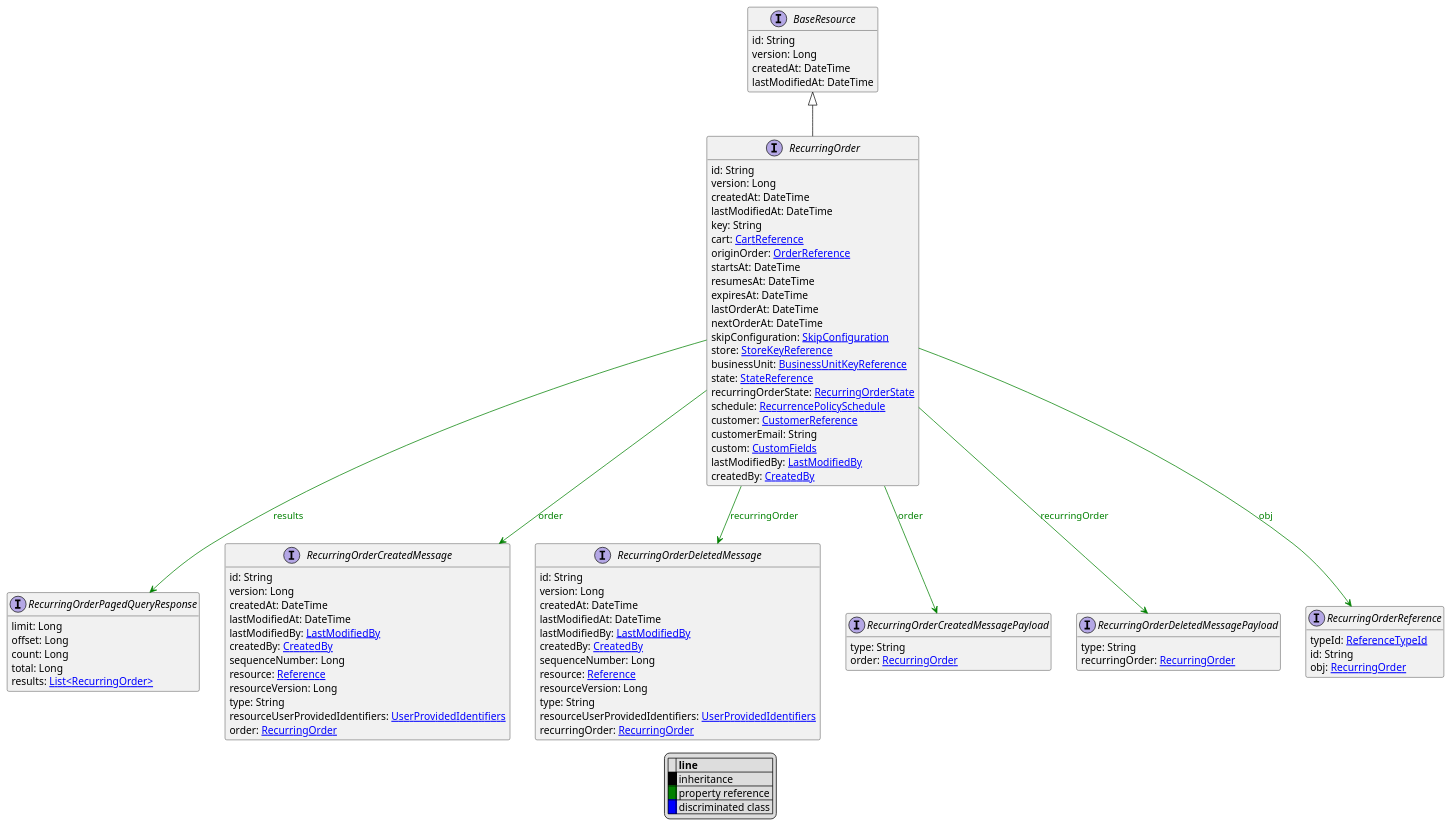
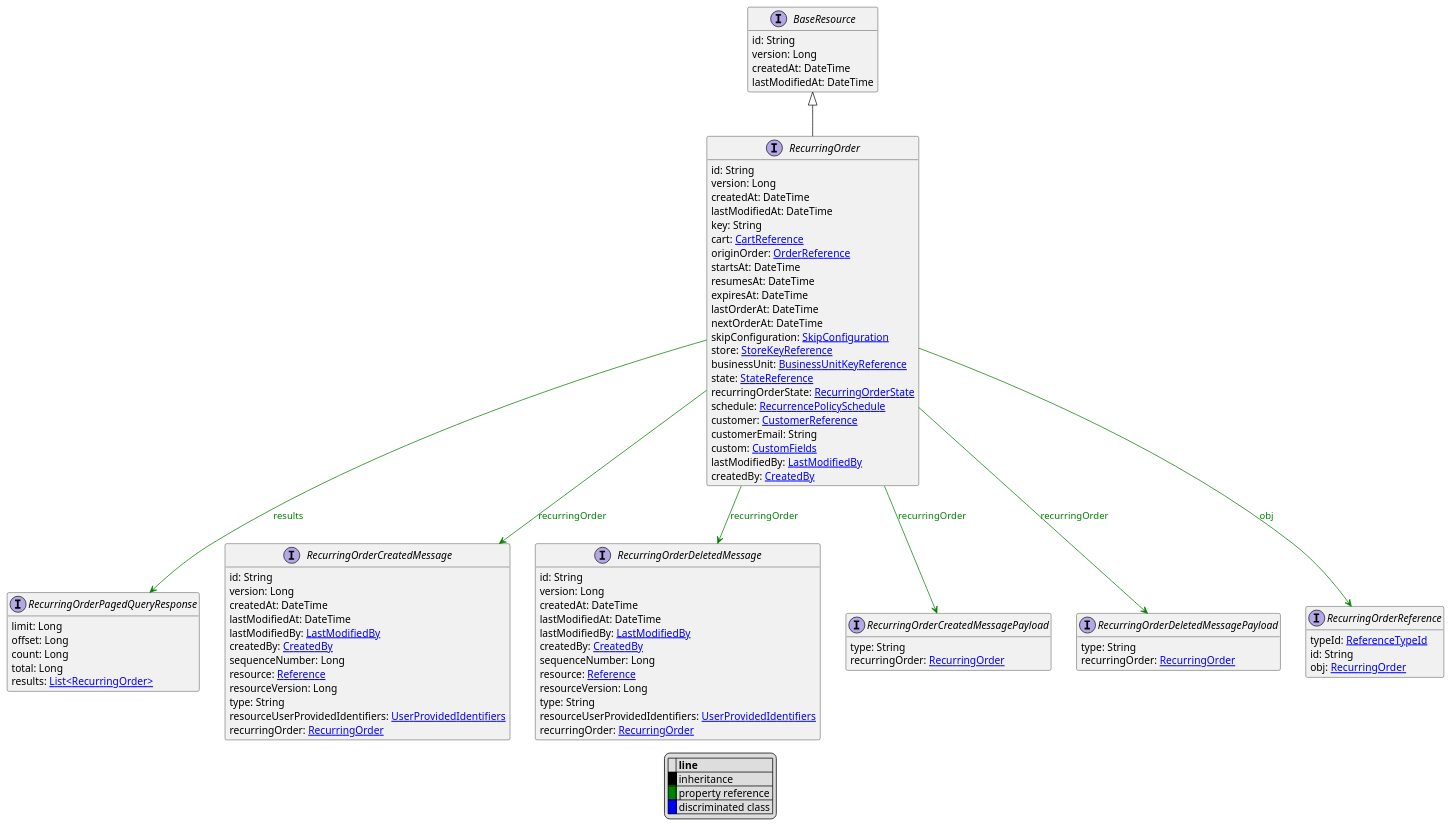
Before and after one commit to commercetools/commercetools-api-reference: the diagram in uml/api/RecurringOrder.puml, drawn with PlantUML. The commit also changed 12 other files, not shown here.

```diff
--- a/uml/api/RecurringOrder.puml
+++ b/uml/api/RecurringOrder.puml
@@ -1,99 +1,99 @@
 @startuml
 
 hide empty fields
 hide empty methods
 legend
 |= |= line |
 |<back:black>   </back>| inheritance |
 |<back:green>   </back>| property reference |
 |<back:blue>   </back>| discriminated class |
 endlegend
 interface RecurringOrder [[RecurringOrder.svg]] extends BaseResource {
     id: String
     version: Long
     createdAt: DateTime
     lastModifiedAt: DateTime
     key: String
     cart: [[CartReference.svg CartReference]]
     originOrder: [[OrderReference.svg OrderReference]]
     startsAt: DateTime
     resumesAt: DateTime
     expiresAt: DateTime
     lastOrderAt: DateTime
     nextOrderAt: DateTime
     skipConfiguration: [[SkipConfiguration.svg SkipConfiguration]]
     store: [[StoreKeyReference.svg StoreKeyReference]]
     businessUnit: [[BusinessUnitKeyReference.svg BusinessUnitKeyReference]]
     state: [[StateReference.svg StateReference]]
     recurringOrderState: [[RecurringOrderState.svg RecurringOrderState]]
     schedule: [[RecurrencePolicySchedule.svg RecurrencePolicySchedule]]
     customer: [[CustomerReference.svg CustomerReference]]
     customerEmail: String
     custom: [[CustomFields.svg CustomFields]]
     lastModifiedBy: [[LastModifiedBy.svg LastModifiedBy]]
     createdBy: [[CreatedBy.svg CreatedBy]]
 }
 interface BaseResource [[BaseResource.svg]]  {
     id: String
     version: Long
     createdAt: DateTime
     lastModifiedAt: DateTime
 }
 
 
 interface RecurringOrderPagedQueryResponse [[RecurringOrderPagedQueryResponse.svg]]  {
     limit: Long
     offset: Long
     count: Long
     total: Long
     results: [[RecurringOrder.svg List<RecurringOrder>]]
 }
 interface RecurringOrderCreatedMessage [[RecurringOrderCreatedMessage.svg]]  {
     id: String
     version: Long
     createdAt: DateTime
     lastModifiedAt: DateTime
     lastModifiedBy: [[LastModifiedBy.svg LastModifiedBy]]
     createdBy: [[CreatedBy.svg CreatedBy]]
     sequenceNumber: Long
     resource: [[Reference.svg Reference]]
     resourceVersion: Long
     type: String
     resourceUserProvidedIdentifiers: [[UserProvidedIdentifiers.svg UserProvidedIdentifiers]]
-    order: [[RecurringOrder.svg RecurringOrder]]
+    recurringOrder: [[RecurringOrder.svg RecurringOrder]]
 }
 interface RecurringOrderDeletedMessage [[RecurringOrderDeletedMessage.svg]]  {
     id: String
     version: Long
     createdAt: DateTime
     lastModifiedAt: DateTime
     lastModifiedBy: [[LastModifiedBy.svg LastModifiedBy]]
     createdBy: [[CreatedBy.svg CreatedBy]]
     sequenceNumber: Long
     resource: [[Reference.svg Reference]]
     resourceVersion: Long
     type: String
     resourceUserProvidedIdentifiers: [[UserProvidedIdentifiers.svg UserProvidedIdentifiers]]
     recurringOrder: [[RecurringOrder.svg RecurringOrder]]
 }
 interface RecurringOrderCreatedMessagePayload [[RecurringOrderCreatedMessagePayload.svg]]  {
     type: String
-    order: [[RecurringOrder.svg RecurringOrder]]
+    recurringOrder: [[RecurringOrder.svg RecurringOrder]]
 }
 interface RecurringOrderDeletedMessagePayload [[RecurringOrderDeletedMessagePayload.svg]]  {
     type: String
     recurringOrder: [[RecurringOrder.svg RecurringOrder]]
 }
 interface RecurringOrderReference [[RecurringOrderReference.svg]]  {
     typeId: [[ReferenceTypeId.svg ReferenceTypeId]]
     id: String
     obj: [[RecurringOrder.svg RecurringOrder]]
 }
 
 RecurringOrder --> RecurringOrderPagedQueryResponse #green;text:green : "results"
-RecurringOrder --> RecurringOrderCreatedMessage #green;text:green : "order"
+RecurringOrder --> RecurringOrderCreatedMessage #green;text:green : "recurringOrder"
 RecurringOrder --> RecurringOrderDeletedMessage #green;text:green : "recurringOrder"
-RecurringOrder --> RecurringOrderCreatedMessagePayload #green;text:green : "order"
+RecurringOrder --> RecurringOrderCreatedMessagePayload #green;text:green : "recurringOrder"
 RecurringOrder --> RecurringOrderDeletedMessagePayload #green;text:green : "recurringOrder"
 RecurringOrder --> RecurringOrderReference #green;text:green : "obj"
 @enduml
```
